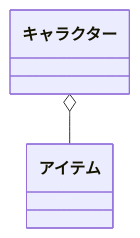
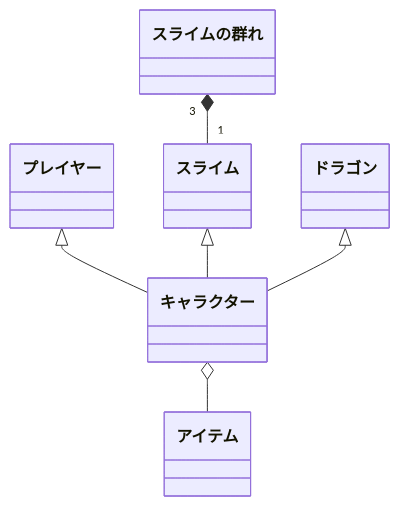
Before and after one commit to tpu-game-2023/mermaid_test: the third of 3 diagrams in README.md, drawn with Mermaid.

Commit message:
クラス図テスト

````diff
--- a/README.md
+++ b/README.md
@@ -73,4 +73,10 @@
 ```mermaid
 classDiagram
+    direcrtion TD
+Class キャラクター
     キャラクター o-- アイテム
+    プレイヤー <|--　キャラクター
+    スライム <|--　キャラクター
+    ドラゴン<|--　キャラクター
+    スライムの群れ"3" *--"1" スライム
 ```
````
